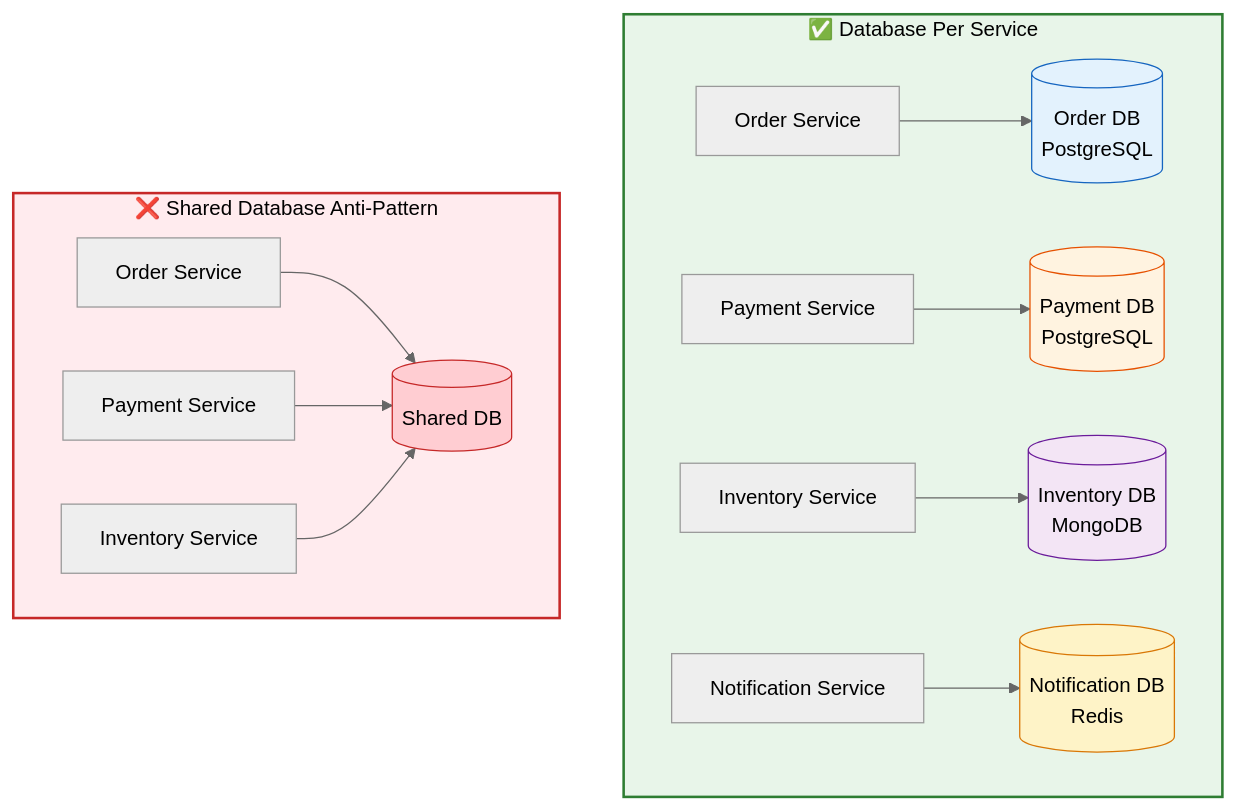
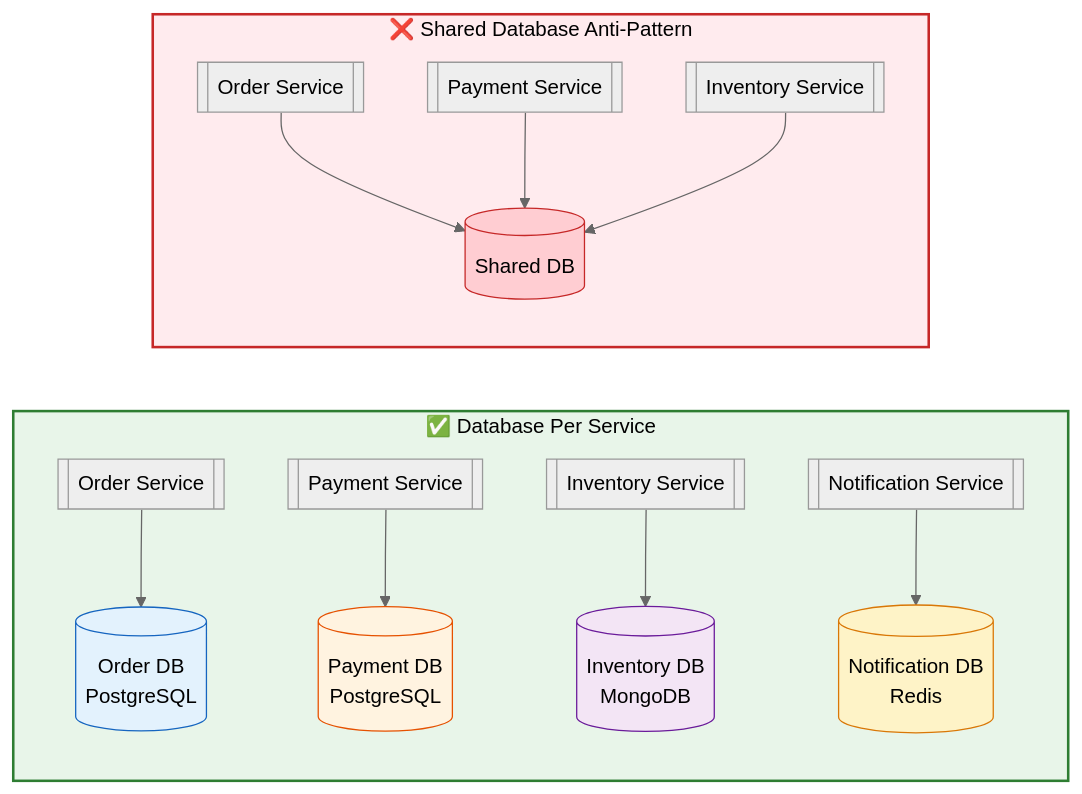
One commit to saivamsikaruturi/vamsilabs-dev-notes-main changed the third of 4 diagrams in docs/microservices/microservices.md. Above: the diagram before and after it, drawn with Mermaid (neutral theme). The commit also changed other lines of this file and 146 other files, not shown here.

Commit message:
Horizontal diagrams, UML class diagrams, typography overhaul, and permalink cleanup

````diff
--- a/docs/microservices/microservices.md
+++ b/docs/microservices/microservices.md
@@ -183,23 +220,23 @@
 ```mermaid
-flowchart TB
+flowchart LR
     subgraph Correct["✅ Database Per Service"]
-        O1["Order Service"] --> ODB[("Order DB<br/>PostgreSQL")]
-        P1["Payment Service"] --> PDB[("Payment DB<br/>PostgreSQL")]
-        I1["Inventory Service"] --> IDB[("Inventory DB<br/>MongoDB")]
-        N1["Notification Service"] --> NDB[("Notification DB<br/>Redis")]
+        O1[["Order Service"]] --> ODB[("Order DB<br/>PostgreSQL")]
+        P1[["Payment Service"]] --> PDB[("Payment DB<br/>PostgreSQL")]
+        I1[["Inventory Service"]] --> IDB[("Inventory DB<br/>MongoDB")]
+        N1[["Notification Service"]] --> NDB[("Notification DB<br/>Redis")]
     end
     
     subgraph Wrong["❌ Shared Database Anti-Pattern"]
-        O2["Order Service"] --> SDB[("Shared DB")]
-        P2["Payment Service"] --> SDB
-        I2["Inventory Service"] --> SDB
+        O2[["Order Service"]] --> SDB[("Shared DB")]
+        P2[["Payment Service"]] --> SDB
+        I2[["Inventory Service"]] --> SDB
     end
     
     style Correct fill:#E8F5E9,stroke:#2E7D32,stroke-width:2px,color:#000
     style Wrong fill:#FFEBEE,stroke:#C62828,stroke-width:2px,color:#000
     style ODB fill:#E3F2FD,stroke:#1565C0,color:#000
     style PDB fill:#FFF3E0,stroke:#E65100,color:#000
     style IDB fill:#F3E5F5,stroke:#6A1B9A,color:#000
     style NDB fill:#FEF3C7,stroke:#D97706,color:#000
     style SDB fill:#FFCDD2,stroke:#C62828,color:#000
 ```
````
